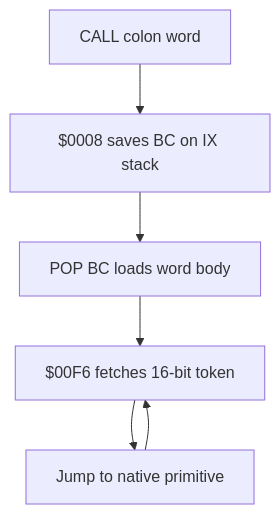
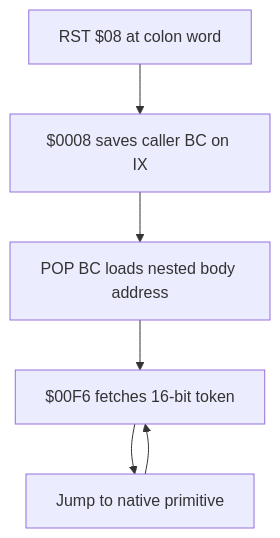
The diagram in docs/professor_pacman_terse.md (lizard43/profpac), drawn with Mermaid before and after one commit. The commit also changed other lines of this file and 14 other files, not shown here.

````diff
--- a/docs/professor_pacman_terse.md
+++ b/docs/professor_pacman_terse.md
@@ -29,8 +33,8 @@
 ```mermaid
 flowchart TD
-    Colon["CALL colon word"] --> Enter["$0008 saves BC on IX stack"]
-    Enter --> NewIP["POP BC loads word body"]
+    Colon["RST $08 at colon word"] --> Enter["$0008 saves caller BC on IX"]
+    Enter --> NewIP["POP BC loads nested body address"]
     NewIP --> Next["$00F6 fetches 16-bit token"]
     Next --> Primitive["Jump to native primitive"]
     Primitive --> Next
 ```
````
